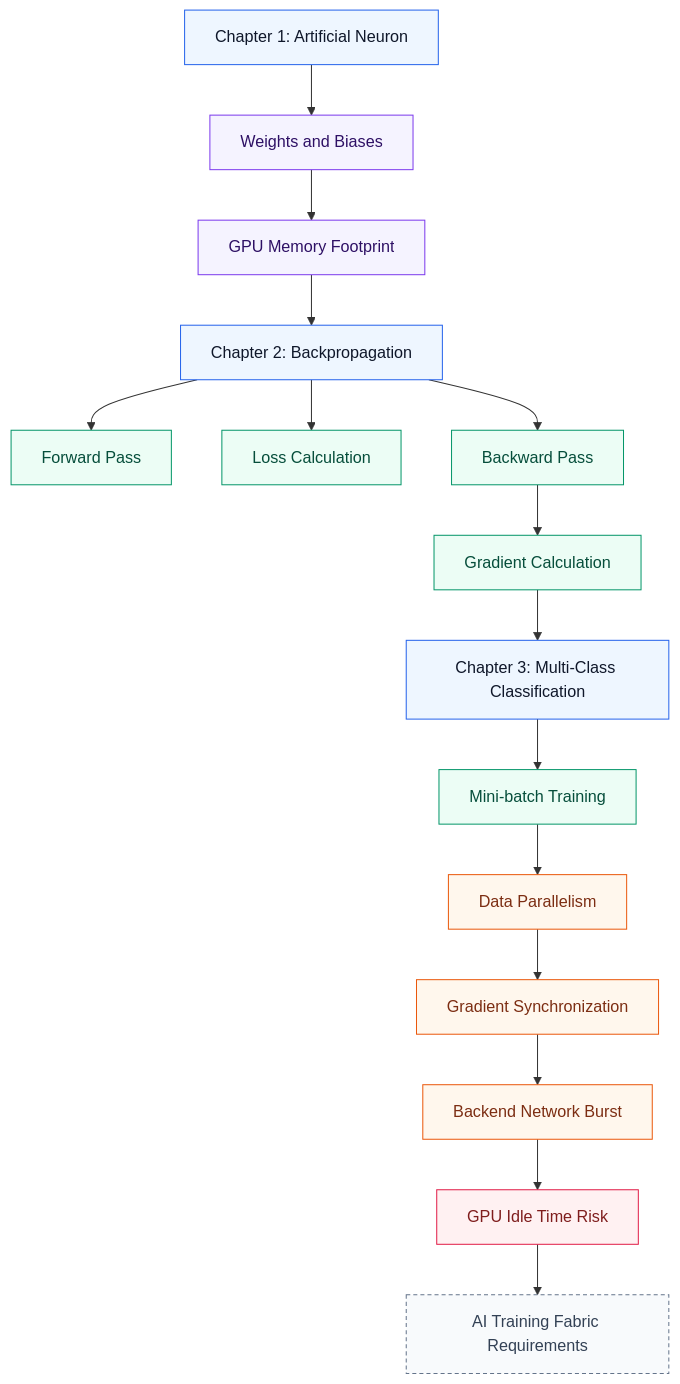
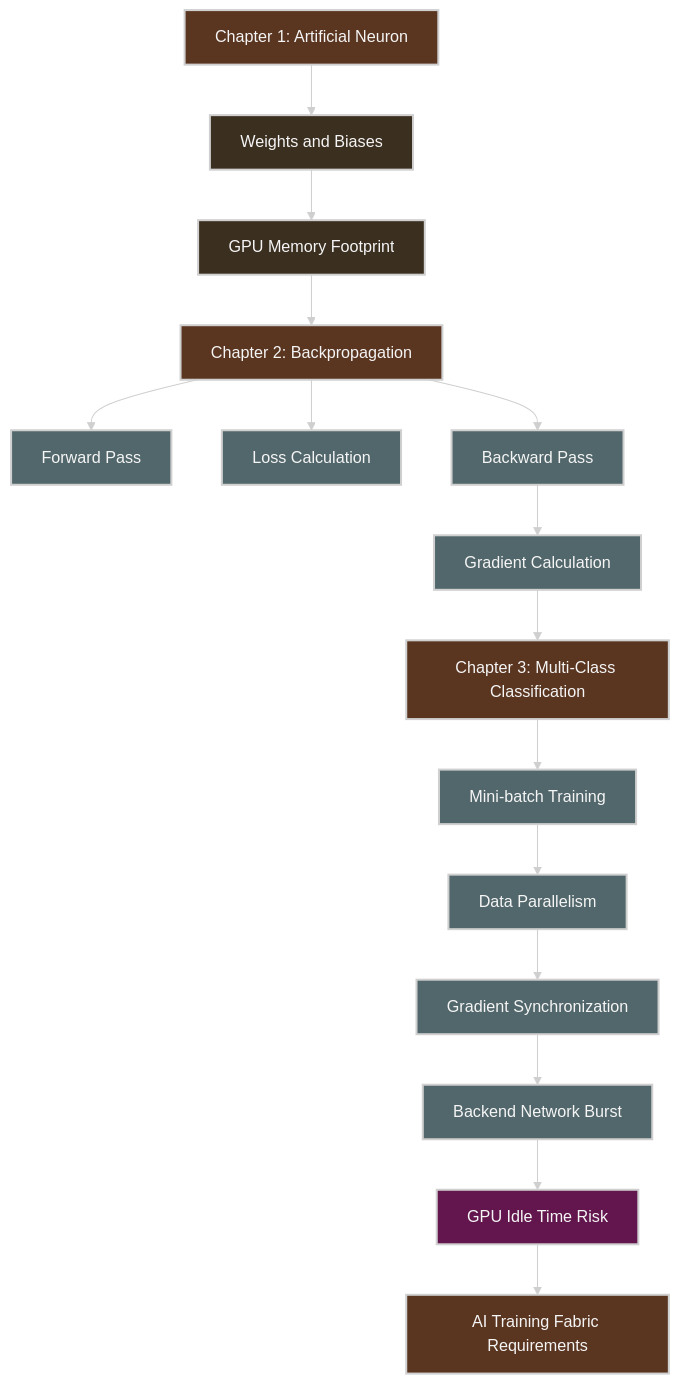
One commit to ziwon/ai-data-center-network changed diagram 12 of 12 in deep-learning-for-network-engineers/week01/README.md. Above: the diagram before and after it, drawn with Mermaid. The commit also changed other lines of this file and 35 other files, not shown here.

Commit message:
docs(mermaid): apply dark diagram style

````diff
--- a/deep-learning-for-network-engineers/week01/README.md
+++ b/deep-learning-for-network-engineers/week01/README.md
@@ -570,27 +581,28 @@
 ```mermaid
+%%{init: {"theme": "base", "themeVariables": {"background": "#171717", "primaryColor": "#232323", "primaryTextColor": "#f5f5f5", "primaryBorderColor": "#d0d0d0", "lineColor": "#cfcfcf", "fontFamily": "Inter, Arial, sans-serif"}}}%%
 flowchart TD
-    classDef chapter fill:#eef6ff,stroke:#2563eb,color:#0f172a
-    classDef param fill:#f5f3ff,stroke:#7c3aed,color:#2e1065
-    classDef compute fill:#ecfdf5,stroke:#059669,color:#064e3b
-    classDef network fill:#fff7ed,stroke:#ea580c,color:#7c2d12
-    classDef risk fill:#fff1f2,stroke:#e11d48,color:#7f1d1d
-    classDef requirement fill:#f8fafc,stroke:#64748b,stroke-dasharray:4 3,color:#334155
+    classDef chapter fill:#5a3520,stroke:#d0d0d0,color:#f5f5f5,stroke-width:2px;
+    classDef param fill:#3b2f20,stroke:#d0d0d0,color:#f5f5f5,stroke-width:2px;
+    classDef compute fill:#52676b,stroke:#d0d0d0,color:#f5f5f5,stroke-width:2px;
+    classDef network fill:#52676b,stroke:#d0d0d0,color:#f5f5f5,stroke-width:2px;
+    classDef risk fill:#62164d,stroke:#d0d0d0,color:#f5f5f5,stroke-width:2px;
+    classDef requirement fill:#5a3520,stroke:#d0d0d0,color:#f5f5f5,stroke-width:2px;
 
     A[Chapter 1: Artificial Neuron]:::chapter --> B[Weights and Biases]:::param
     B --> C[GPU Memory Footprint]:::param
 
     C --> D[Chapter 2: Backpropagation]:::chapter
     D --> E[Forward Pass]:::compute
     D --> F[Loss Calculation]:::compute
     D --> G[Backward Pass]:::compute
     G --> H[Gradient Calculation]:::compute
 
     H --> I[Chapter 3: Multi-Class Classification]:::chapter
     I --> J[Mini-batch Training]:::compute
     J --> K[Data Parallelism]:::network
     K --> L[Gradient Synchronization]:::network
 
     L --> M[Backend Network Burst]:::network
     M --> N[GPU Idle Time Risk]:::risk
     N --> O[AI Training Fabric Requirements]:::requirement
 ```
````
